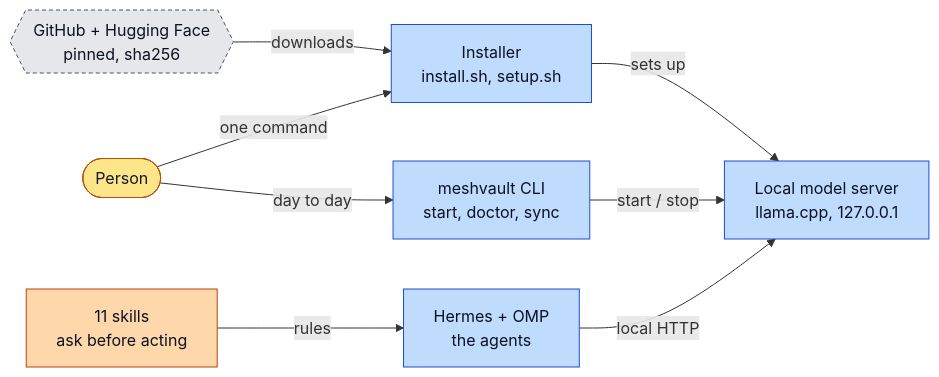
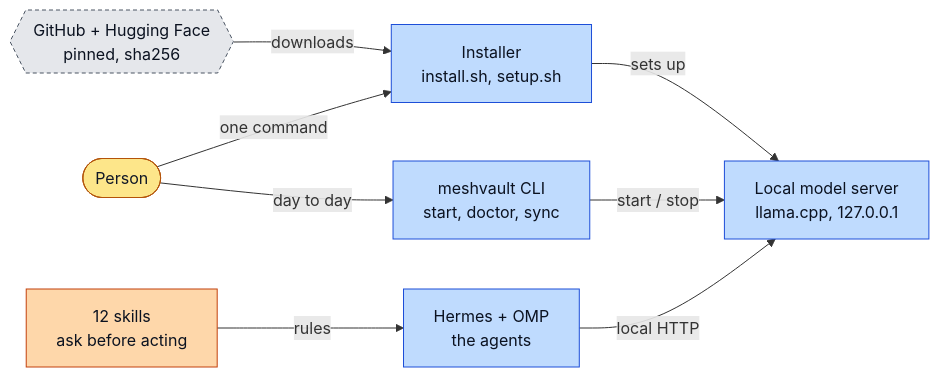
The first of 7 diagrams in docs/ARCHITECTURE.md (thefiredev-cloud/meshvault-harness), drawn with Mermaid before and after one commit. The commit also changed other lines of this file and 5 other files, not shown here.

````diff
--- a/docs/ARCHITECTURE.md
+++ b/docs/ARCHITECTURE.md
@@ -16,21 +16,21 @@
 ```mermaid
 flowchart LR
   user(["Person"]):::actor
   installer["Installer<br/>install.sh, setup.sh"]:::app
   net{{"GitHub + Hugging Face<br/>pinned, sha256"}}:::ext
   llama["Local model server<br/>llama.cpp, 127.0.0.1"]:::app
   agents["Hermes + OMP<br/>the agents"]:::app
-  skills["11 skills<br/>ask before acting"]:::doc
+  skills["12 skills<br/>ask before acting"]:::doc
   cli["meshvault CLI<br/>start, doctor, sync"]:::app
   user -->|"one command"| installer
   net -->|"downloads"| installer
   installer -->|"sets up"| llama
   agents -->|"local HTTP"| llama
   skills -->|"rules"| agents
   user -->|"day to day"| cli
   cli -->|"start / stop"| llama
   classDef actor fill:#fde68a,stroke:#b45309,color:#111827
   classDef app fill:#bfdbfe,stroke:#1d4ed8,color:#0b1220
   classDef doc fill:#fed7aa,stroke:#c2410c,color:#0b1220
   classDef ext fill:#e5e7eb,stroke:#4b5563,color:#0b1220,stroke-dasharray:4 3
 ```
````
